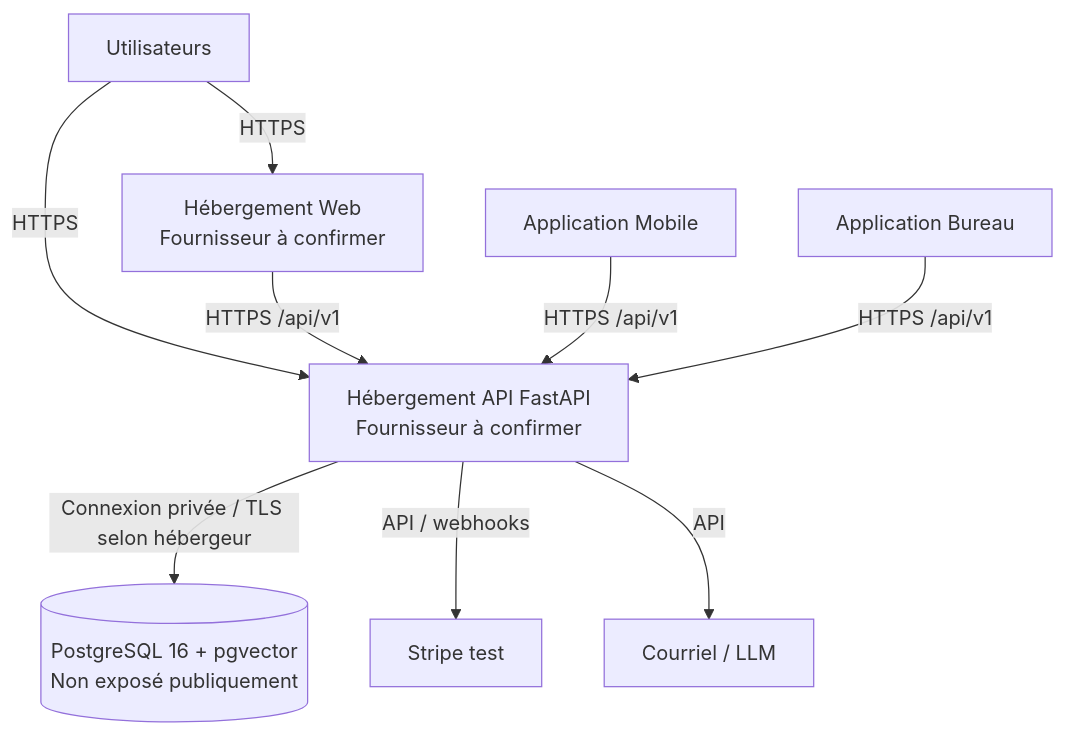
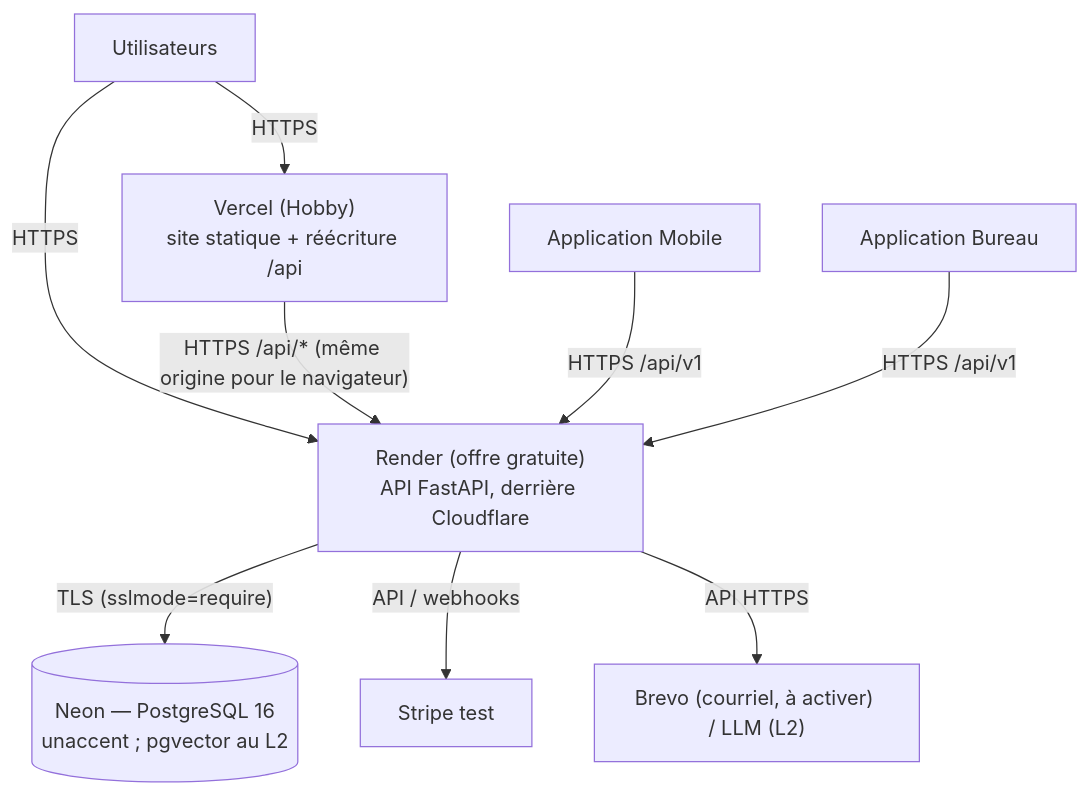
Before and after one commit to MIKE08-CODE/Quincaillerie-Laurentienne-Projet-A: the fourth of 4 diagrams in docs/architecture/architecture_Quincaillerie_Laurentienne.md, drawn with Mermaid. The commit also changed other lines of this file and 14 other files, not shown here.

````diff
--- a/docs/architecture/architecture_Quincaillerie_Laurentienne.md
+++ b/docs/architecture/architecture_Quincaillerie_Laurentienne.md
@@ -198,11 +198,11 @@
 ```mermaid
 flowchart TB
-    user["Utilisateurs"] -->|"HTTPS"| webhost["Hébergement Web<br/>Fournisseur à confirmer"]
-    user -->|"HTTPS"| apihost["Hébergement API FastAPI<br/>Fournisseur à confirmer"]
-    webhost -->|"HTTPS /api/v1"| apihost
+    user["Utilisateurs"] -->|"HTTPS"| webhost["Vercel (Hobby)<br/>site statique + réécriture /api"]
+    user -->|"HTTPS"| apihost["Render (offre gratuite)<br/>API FastAPI, derrière Cloudflare"]
+    webhost -->|"HTTPS /api/* (même origine pour le navigateur)"| apihost
     mobile["Application Mobile"] -->|"HTTPS /api/v1"| apihost
     desktop["Application Bureau"] -->|"HTTPS /api/v1"| apihost
-    apihost -->|"Connexion privée / TLS selon hébergeur"| db[("PostgreSQL 16 + pgvector<br/>Non exposé publiquement")]
+    apihost -->|"TLS (sslmode=require)"| db[("Neon — PostgreSQL 16<br/>unaccent ; pgvector au L2")]
     apihost -->|"API / webhooks"| stripe["Stripe test"]
-    apihost -->|"API"| email["Courriel / LLM"]
+    apihost -->|"API HTTPS"| email["Brevo (courriel, à activer) / LLM (L2)"]
 ```
````
